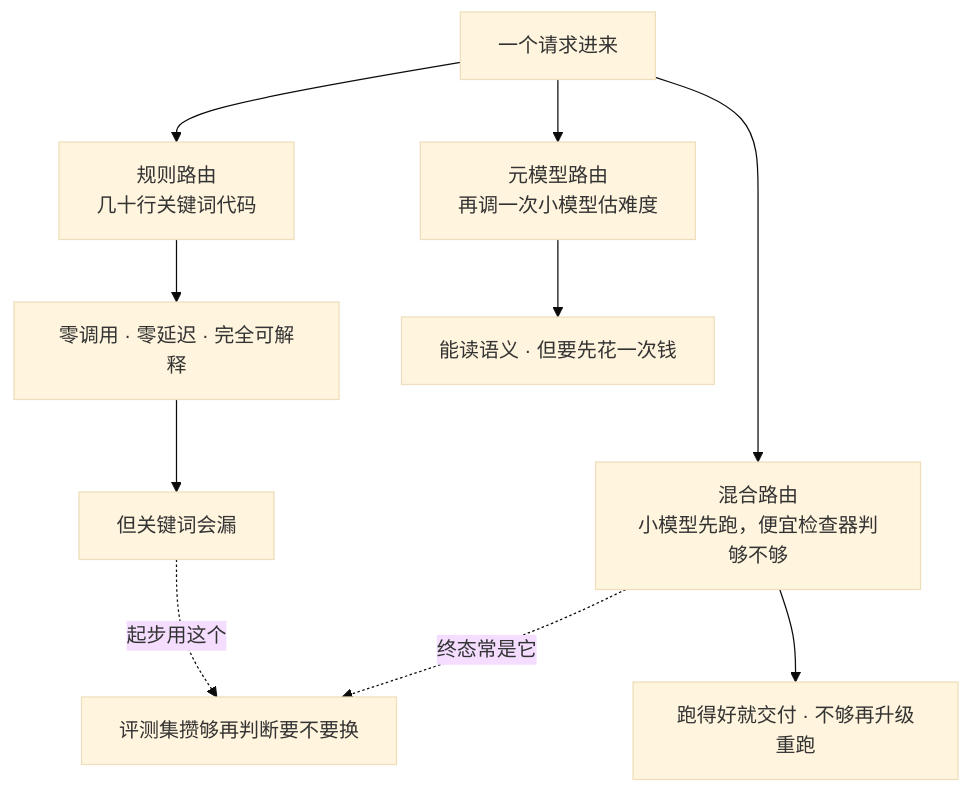
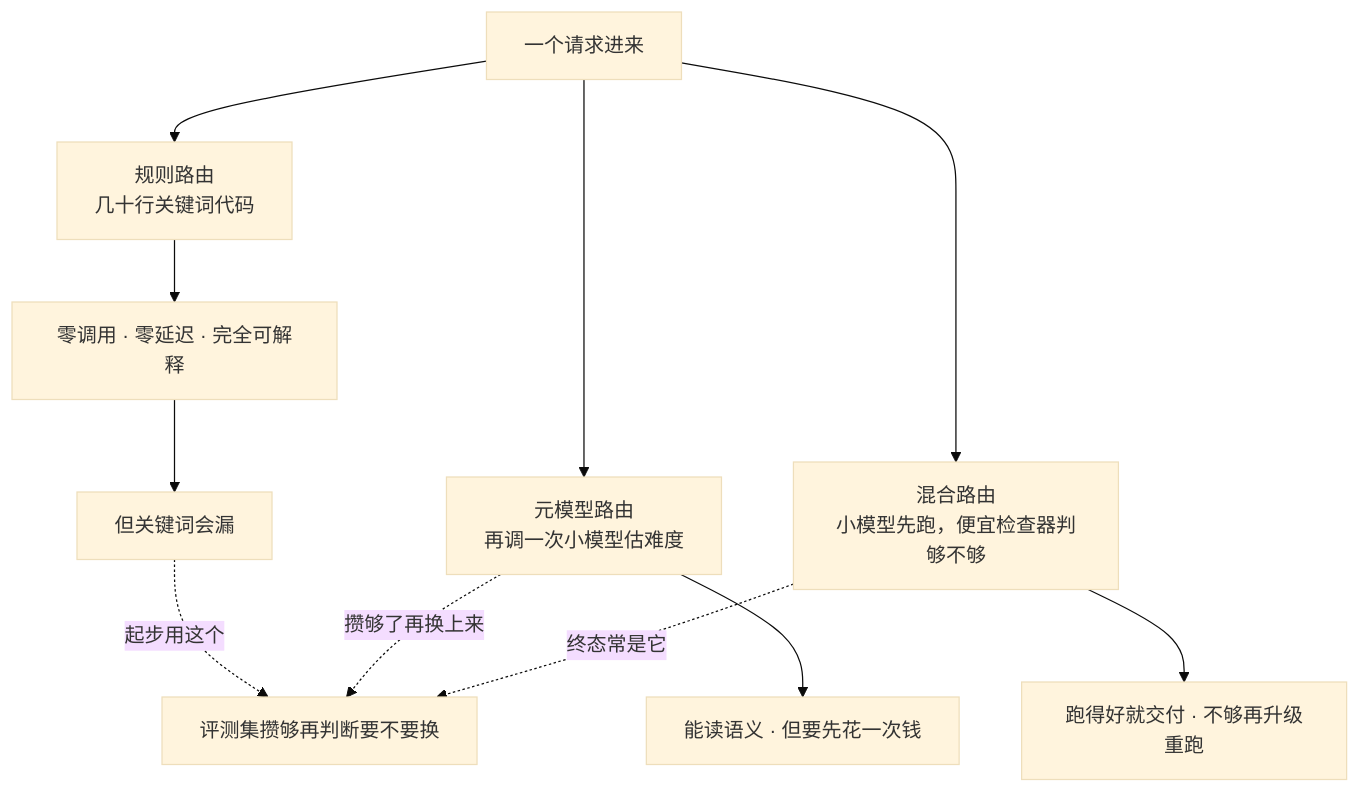
One commit to Laughingtt/agentkit changed the second of 2 diagrams in part-6-工业落地/ch32-模型路由器与成本控制.md. Above: the diagram before and after it, drawn with Mermaid (base theme). The commit also changed other lines of this file and 1 other file, not shown here.

First line of the commit message:
Ch32: 会话粘滞的交叉引用指错了小节；路由图漏了中间那类；"加粗的那一行"表里没有

````diff
--- a/part-6-工业落地/ch32-模型路由器与成本控制.md
+++ b/part-6-工业落地/ch32-模型路由器与成本控制.md
@@ -63,12 +63,13 @@
 ```mermaid
 graph TD
     A["一个请求进来"] --> B["规则路由<br/>几十行关键词代码"]
     B --> B1["零调用 · 零延迟 · 完全可解释"]
     B1 --> B2["但关键词会漏"]
     A --> C["元模型路由<br/>再调一次小模型估难度"]
     C --> C1["能读语义 · 但要先花一次钱"]
     A --> D["混合路由<br/>小模型先跑，便宜检查器判够不够"]
     D --> D1["跑得好就交付 · 不够再升级重跑"]
     B2 -.起步用这个.-> E["评测集攒够再判断要不要换"]
+    C -.攒够了再换上来.-> E
     D -.终态常是它.-> E
 ```
````
